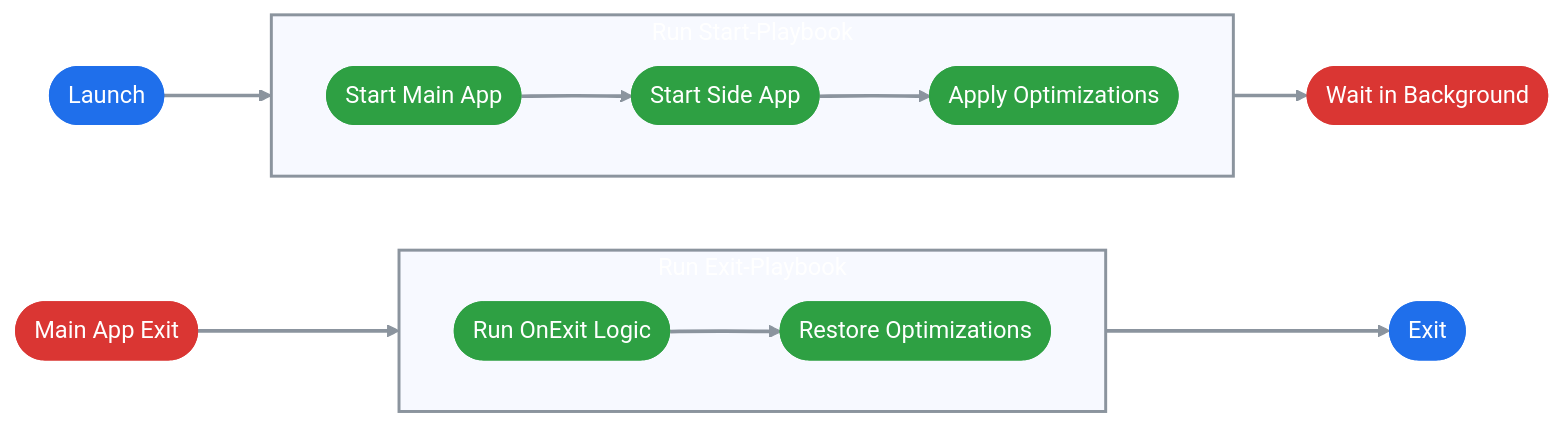
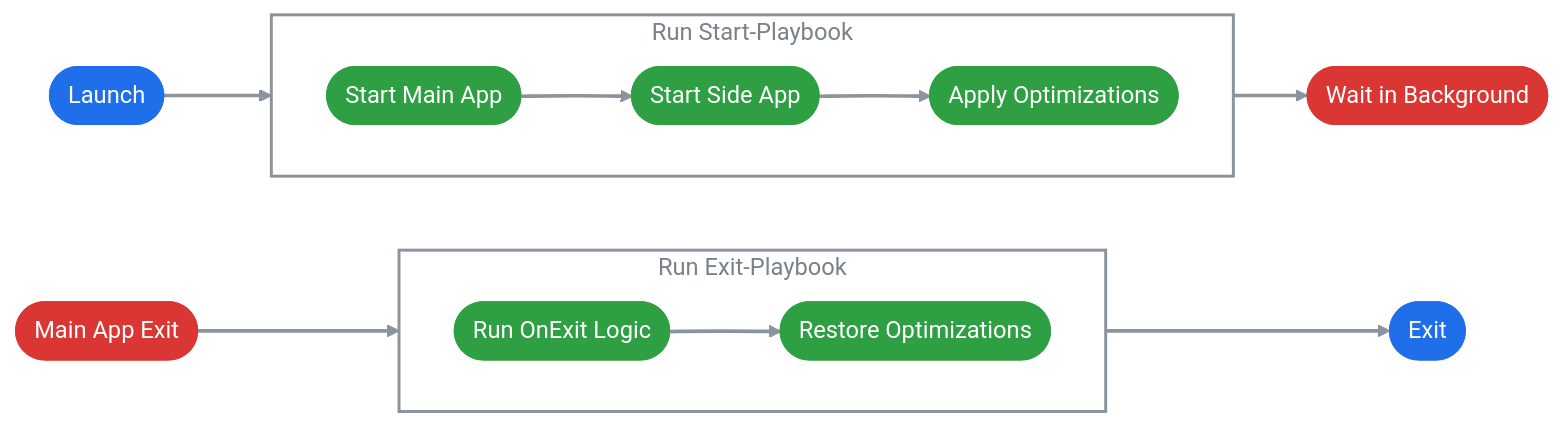
One commit to JanGaida/posh-playbook-launch changed the diagram in README.md. Above: the diagram before and after it, drawn with Mermaid.

Commit message:
Updated How-it-Works mermaid

````diff
--- a/README.md
+++ b/README.md
@@ -26,55 +26,55 @@
 ```mermaid
 %%{init: {'theme':'base'}}%%
 
 flowchart LR
 
     A([Launch]) --> SP
     SP --> D([Wait in Background])
 
     F([Main App Exit]) --> EP
     EP --> I([Exit])
 
     subgraph SP [Run Start-Playbook]
         direction LR
         B([Start Main App])
         C([Start Side App])
         D1([Apply Optimizations])
 
         B --> C --> D1
     end
 
     subgraph EP [Run Exit-Playbook]
         direction LR
         G([Run OnExit Logic])
         H([Restore Optimizations])
 
         G --> H
     end
 
     %% Main Flow
     classDef launch fill:#1f6feb,stroke:#1f6feb,color:#ffffff;
     classDef runtime fill:#da3633,stroke:#da3633,color:#ffffff;
     classDef shutdown fill:#da3633,stroke:#da3633,color:#ffffff;
     classDef success fill:#1f6feb,stroke:#1f6feb,color:#ffffff;
 
     %% Internal Steps
     classDef app fill:#2ea043,stroke:#2ea043,color:#ffffff;
     classDef optimize fill:#2ea043,stroke:#2ea043,color:#ffffff;
     classDef restore fill:#2ea043,stroke:#2ea043,color:#ffffff;
 
     %% Assign Classes
     class A launch;
     class D runtime;
     class F shutdown;
     class I success;
 
     class B,C app;
     class D1 optimize;
     class G,H restore;
 
     %% Arrow Styling
     linkStyle default stroke:#8b949e,stroke-width:2.5px;
 
-    style SP fill:#00000,stroke:#8b949e,stroke-width:2px,color:#ffffff
-    style EP fill:#00000,stroke:#8b949e,stroke-width:2px,color:#ffffff
+    style SP fill:#ffffff,stroke:#8b949e,stroke-width:2px,color:#79818a
+    style EP fill:#ffffff,stroke:#8b949e,stroke-width:2px,color:#79818a
 ```
````
